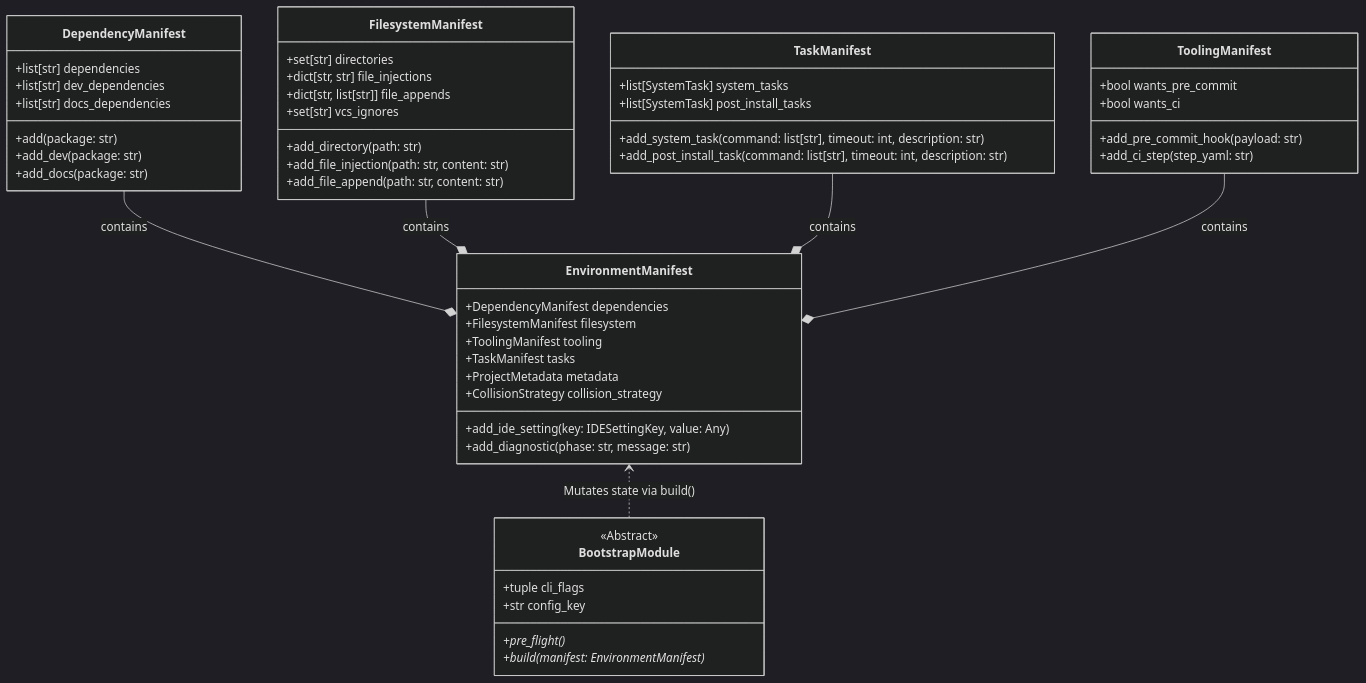
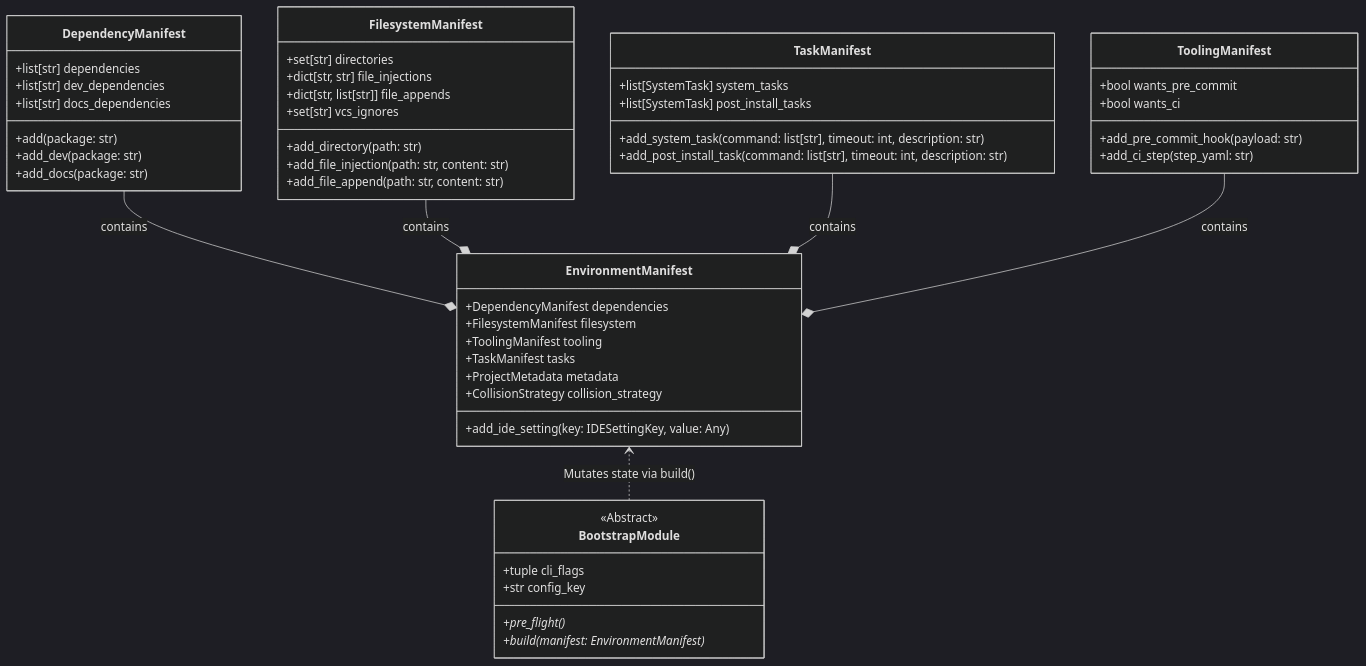
Before and after one commit to JacksonFergusonDev/protostar: the diagram in docs/mission-control/api-reference.md, drawn with Mermaid (dark theme). The commit also changed 11 other files, not shown here.

````diff
--- a/docs/mission-control/api-reference.md
+++ b/docs/mission-control/api-reference.md
@@ -9,62 +9,61 @@
 ```mermaid
 classDiagram
     direction BT
 
     class EnvironmentManifest {
         +DependencyManifest dependencies
         +FilesystemManifest filesystem
         +ToolingManifest tooling
         +TaskManifest tasks
         +ProjectMetadata metadata
         +CollisionStrategy collision_strategy
         +add_ide_setting(key: IDESettingKey, value: Any)
-        +add_diagnostic(phase: str, message: str)
     }
 
     class DependencyManifest {
         +list[str] dependencies
         +list[str] dev_dependencies
         +list[str] docs_dependencies
         +add(package: str)
         +add_dev(package: str)
         +add_docs(package: str)
     }
 
     class FilesystemManifest {
         +set[str] directories
         +dict[str, str] file_injections
         +dict[str, list[str]] file_appends
         +set[str] vcs_ignores
         +add_directory(path: str)
         +add_file_injection(path: str, content: str)
         +add_file_append(path: str, content: str)
     }
 
     class TaskManifest {
         +list[SystemTask] system_tasks
         +list[SystemTask] post_install_tasks
         +add_system_task(command: list[str], timeout: int, description: str)
         +add_post_install_task(command: list[str], timeout: int, description: str)
     }
 
     class ToolingManifest {
         +bool wants_pre_commit
         +bool wants_ci
         +add_pre_commit_hook(payload: str)
         +add_ci_step(step_yaml: str)
     }
 
     class BootstrapModule {
         <<Abstract>>
         +tuple cli_flags
         +str config_key
         +pre_flight()*
         +build(manifest: EnvironmentManifest)*
     }
 
     EnvironmentManifest *-- DependencyManifest : contains
     EnvironmentManifest *-- FilesystemManifest : contains
     EnvironmentManifest *-- TaskManifest : contains
     EnvironmentManifest *-- ToolingManifest : contains
     BootstrapModule ..> EnvironmentManifest : Mutates state via build()
 ```
````
